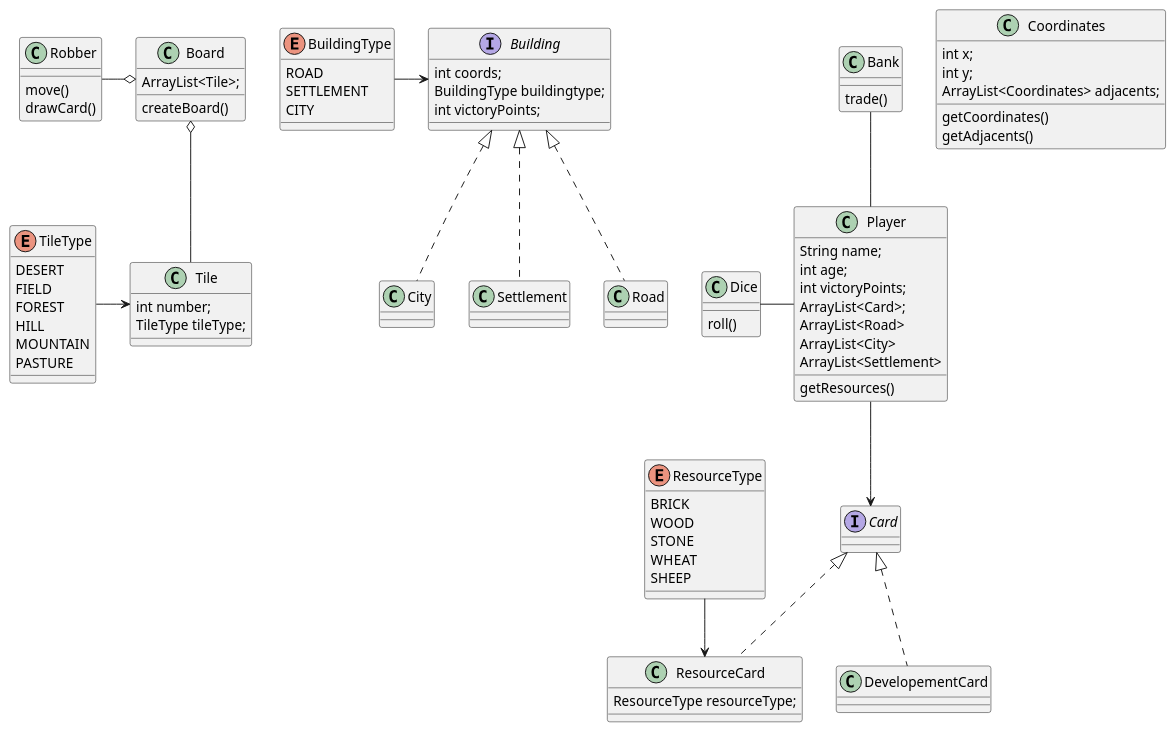
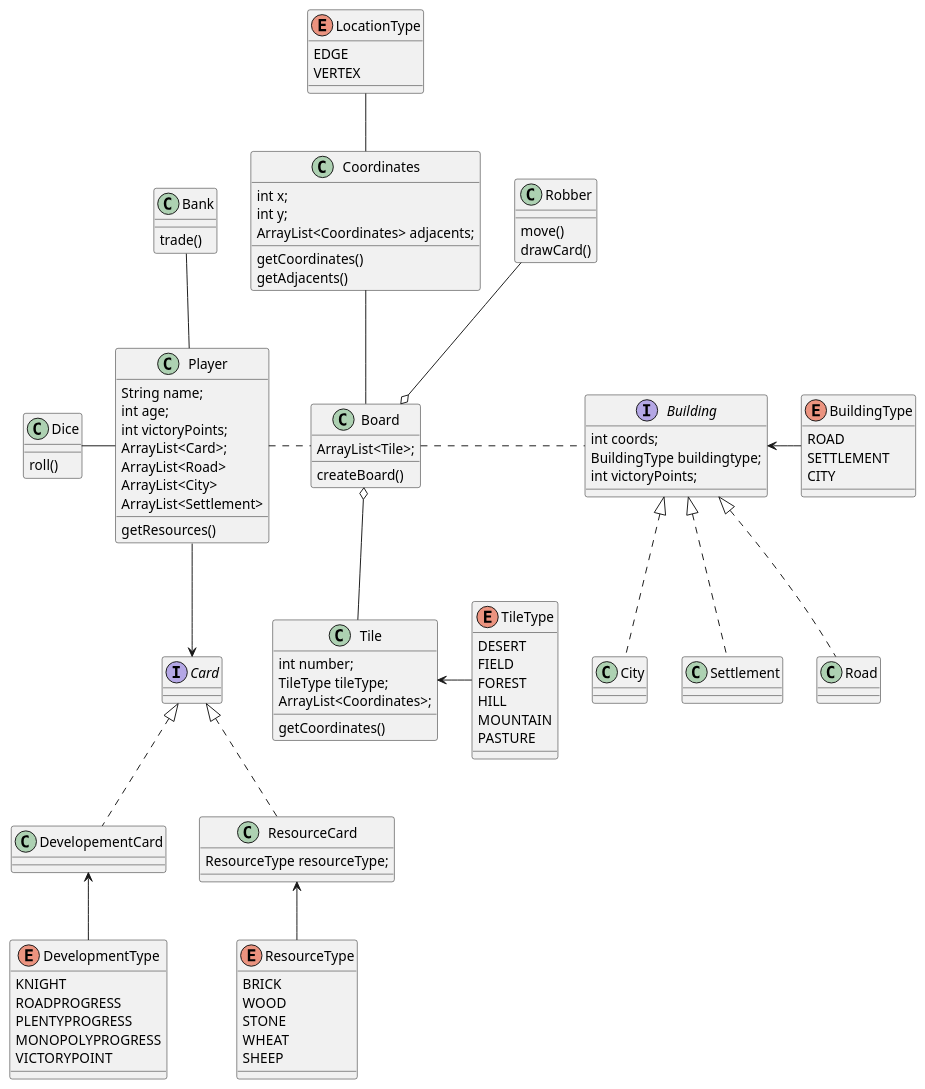
Before and after one commit to SoPraFS20-Group16/sopra-fs20-group-16-server: the diagram in Diagrams/class_diagram.puml, drawn with PlantUML.

Commit message:
class diagram refined

```diff
--- a/Diagrams/class_diagram.puml
+++ b/Diagrams/class_diagram.puml
@@ -1,126 +1,148 @@
 @startuml
 
 
 
 enum BuildingType {
 ROAD
 SETTLEMENT
 CITY
 }
 
 enum TileType{
 DESERT
 FIELD
 FOREST
 HILL
 MOUNTAIN
 PASTURE
 }
 
 enum ResourceType{
 BRICK
 WOOD
 STONE
 WHEAT
 SHEEP
+}
+
+enum DevelopmentType{
+KNIGHT
+ROADPROGRESS
+PLENTYPROGRESS
+MONOPOLYPROGRESS
+VICTORYPOINT
+}
+
+enum LocationType{
+EDGE
+VERTEX
+
 }
 
 interface Building{
 int coords;
 BuildingType buildingtype;
 int victoryPoints;
 }
 
 class City
 class Settlement
 class Road
 
 
 class Dice{
 roll()
 }
 
 
 class Player{
 
 String name;
 int age;
 int victoryPoints;
 ArrayList<Card>;
 ArrayList<Road>
 ArrayList<City>
 ArrayList<Settlement>
 getResources()
 }
 
 
 class Robber{
 move()
 drawCard()
 }
 
 
 
 
 interface Card{
 
 }
 
 
 class ResourceCard{
 ResourceType resourceType;
 }
 
 class DevelopementCard
 
 class Bank{
 trade()
 }
 
 
 class Board{
 
 ArrayList<Tile>;
 
 createBoard()
 
 }
 
 class Tile{
 int number;
 TileType tileType;
+ArrayList<Coordinates>;
+
+getCoordinates()
 
 }
 
 class Coordinates{
 int x;
 int y;
 ArrayList<Coordinates> adjacents;
 
 getCoordinates()
 getAdjacents()
 
 }
 
 
 
 Building <|.. City
 Building <|.. Settlement
 Building <|.. Road
 
-BuildingType -> Building
-TileType -> Tile
+BuildingType -left-> Building
+TileType -left-> Tile
 
 Player -down-> Card
 Card <|.. ResourceCard
 Card <|.. DevelopementCard
-ResourceType -down-> ResourceCard
+ResourceType -up-> ResourceCard
+DevelopmentType -up-> DevelopementCard
 
 Bank -down- Player
 Dice - Player
 
 
 Board o-- Tile
-Board o-left- Robber
+Board o-up- Robber
+Board -up- Coordinates
+Player . Board
+Building .left. Board
+LocationType -down- Coordinates
 
 @enduml
```
